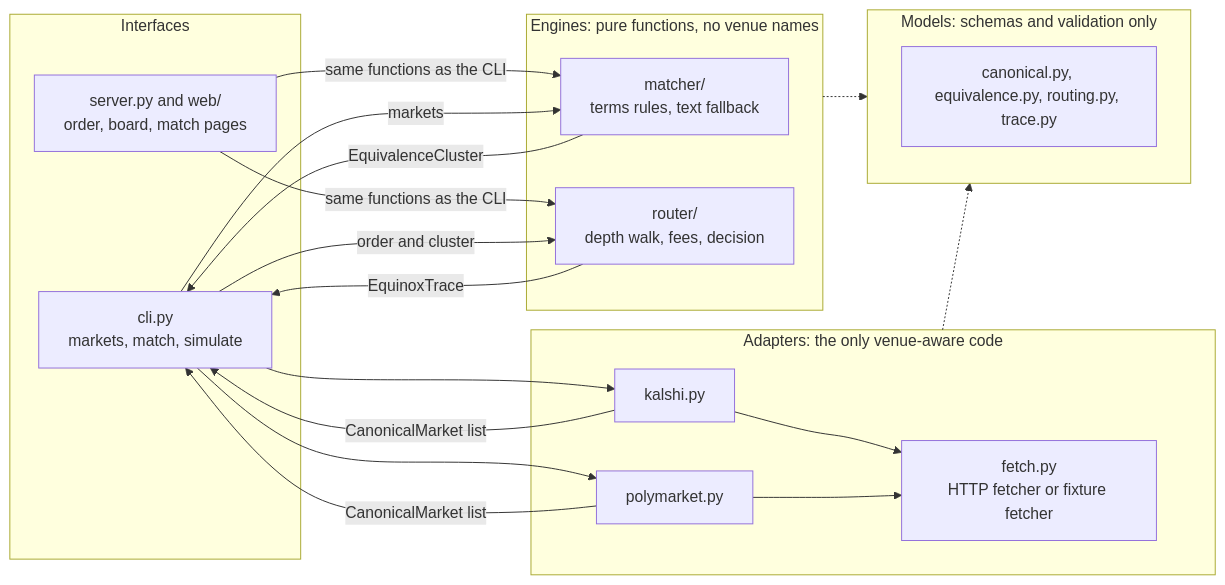
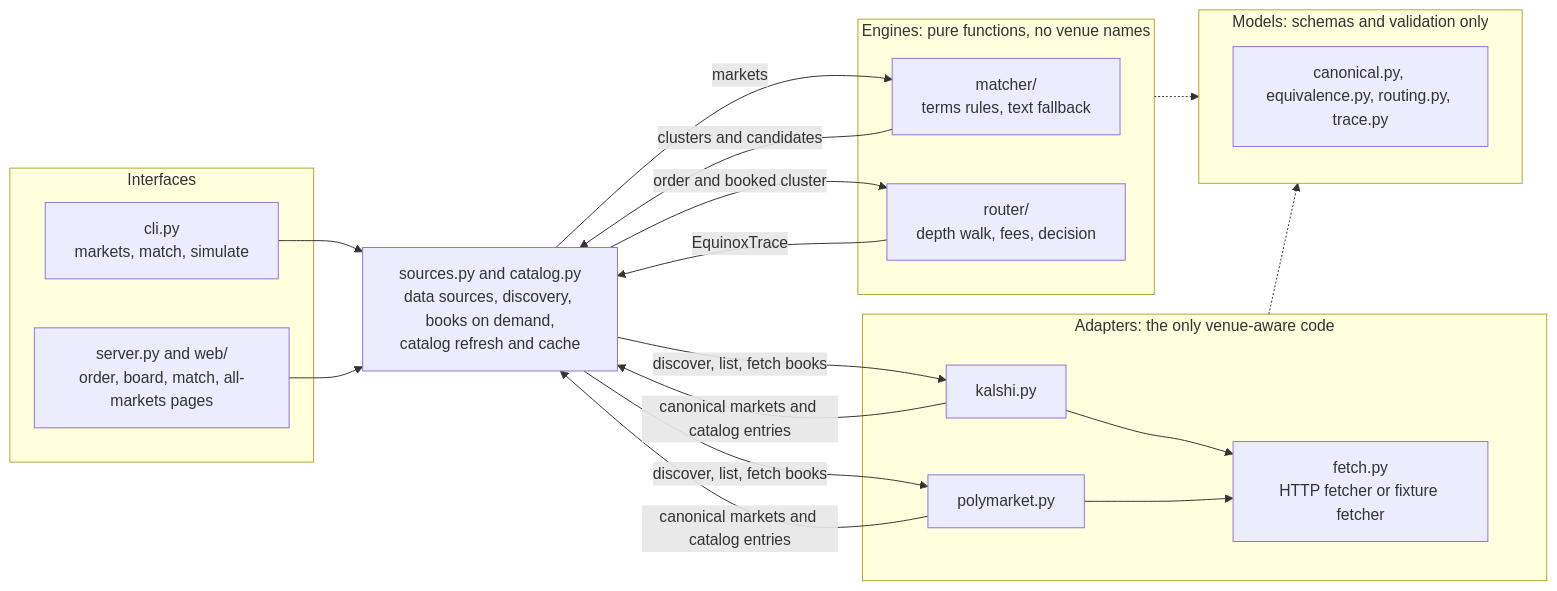
Before and after one commit to joshuatagoe/project-equinox: the first of 3 diagrams in docs/architecture.md, drawn with Mermaid. The commit also changed other lines of this file and 6 other files, not shown here.

First line of the commit message:
Design discovery, books on demand and the full catalog, with readability as a gate.

````diff
--- a/docs/architecture.md
+++ b/docs/architecture.md
@@ -66,29 +69,30 @@
 ```mermaid
 flowchart LR
     subgraph IN["Interfaces"]
         CLI["cli.py<br/>markets, match, simulate"]
-        UI["server.py and web/<br/>order, board, match pages"]
+        UI["server.py and web/<br/>order, board, match, all-markets pages"]
     end
+    SRC["sources.py and catalog.py<br/>data sources, discovery, books on demand,<br/>catalog refresh and cache"]
     subgraph AD["Adapters: the only venue-aware code"]
         K["kalshi.py"]
         P["polymarket.py"]
         F["fetch.py<br/>HTTP fetcher or fixture fetcher"]
     end
     subgraph EN["Engines: pure functions, no venue names"]
         MA["matcher/<br/>terms rules, text fallback"]
         RO["router/<br/>depth walk, fees, decision"]
     end
     subgraph MO["Models: schemas and validation only"]
         CM["canonical.py, equivalence.py, routing.py, trace.py"]
     end
-    CLI --> K & P
-    UI -->|same functions as the CLI| MA & RO
+    CLI & UI --> SRC
+    SRC -->|discover, list, fetch books| K & P
     K & P --> F
-    K & P -->|CanonicalMarket list| CLI
-    CLI -->|markets| MA
-    MA -->|EquivalenceCluster| CLI
-    CLI -->|order and cluster| RO
-    RO -->|EquinoxTrace| CLI
+    K & P -->|canonical markets and catalog entries| SRC
+    SRC -->|markets| MA
+    MA -->|clusters and candidates| SRC
+    SRC -->|order and booked cluster| RO
+    RO -->|EquinoxTrace| SRC
     AD -.-> MO
     EN -.-> MO
 ```
````
